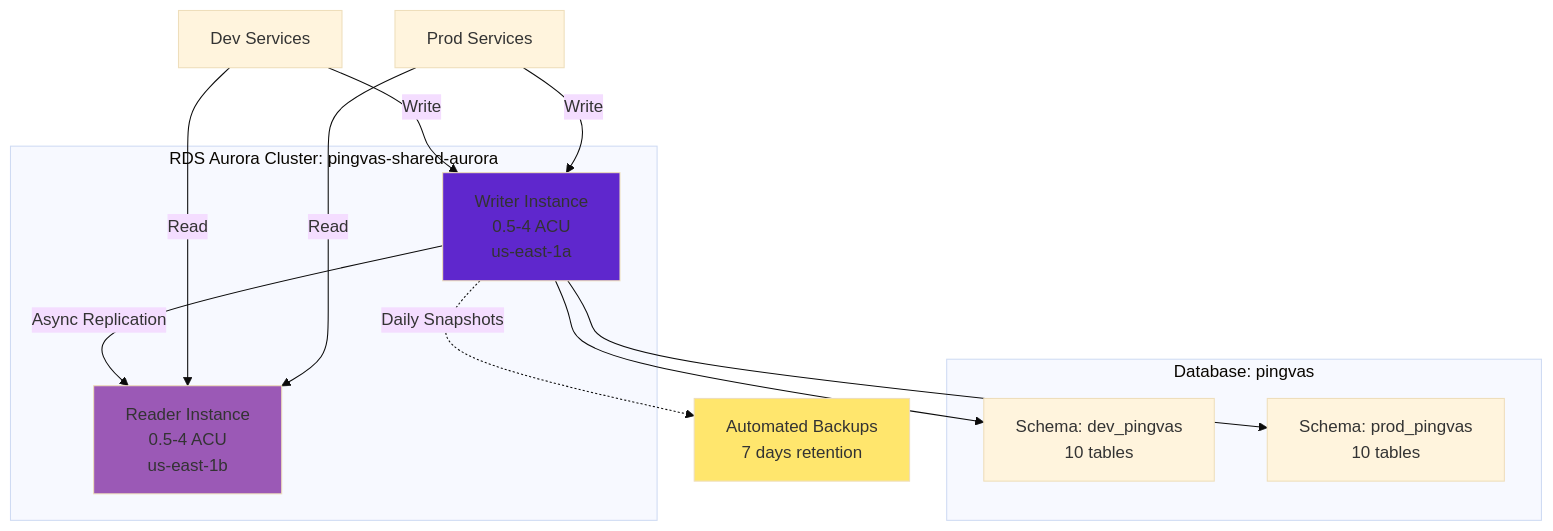
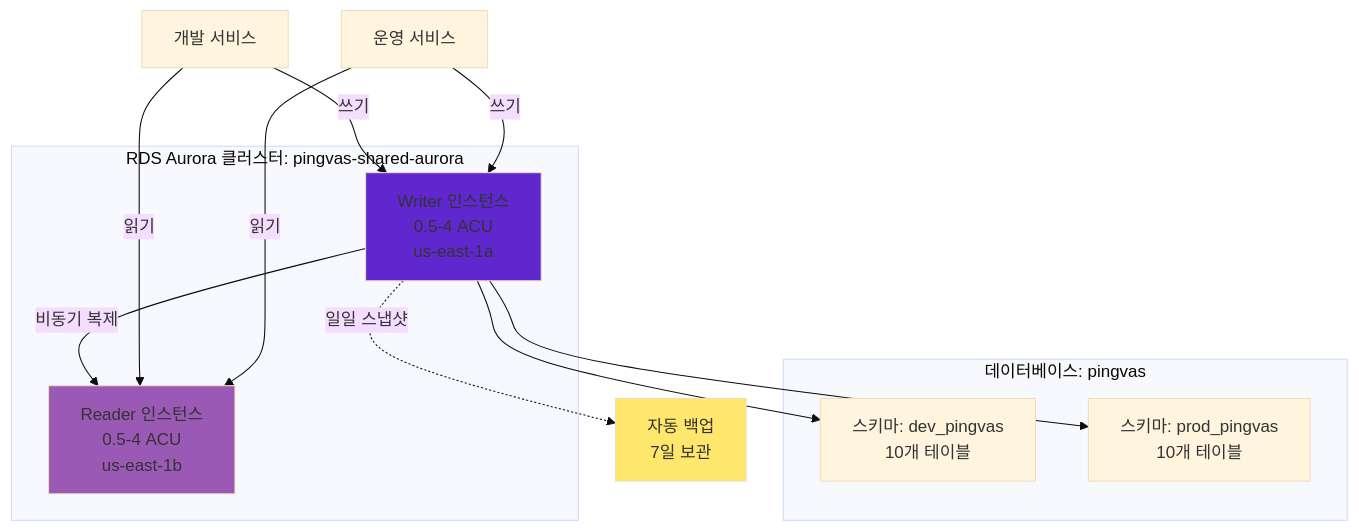
Before and after one commit to Pinksea-AI/InvokeAI: the seventh of 15 diagrams in docs/final-architecture/01-aws-architecture-diagram.md, drawn with Mermaid (base theme). The commit also changed other lines of this file, not shown here.

First line of the commit message:
docs: AWS 아키텍처 다이어그램 문서를 한글로 번역

````diff
--- a/docs/final-architecture/01-aws-architecture-diagram.md
+++ b/docs/final-architecture/01-aws-architecture-diagram.md
@@ -309,31 +309,31 @@
 ```mermaid
 graph TB
-    subgraph Aurora[RDS Aurora Cluster: pingvas-shared-aurora]
-        Writer[Writer Instance<br/>0.5-4 ACU<br/>us-east-1a]
-        Reader[Reader Instance<br/>0.5-4 ACU<br/>us-east-1b]
+    subgraph Aurora[RDS Aurora 클러스터: pingvas-shared-aurora]
+        Writer[Writer 인스턴스<br/>0.5-4 ACU<br/>us-east-1a]
+        Reader[Reader 인스턴스<br/>0.5-4 ACU<br/>us-east-1b]
 
-        Writer -->|Async Replication| Reader
+        Writer -->|비동기 복제| Reader
     end
 
-    subgraph Database[Database: pingvas]
-        DevSchema[Schema: dev_pingvas<br/>10 tables]
-        ProdSchema[Schema: prod_pingvas<br/>10 tables]
+    subgraph Database[데이터베이스: pingvas]
+        DevSchema[스키마: dev_pingvas<br/>10개 테이블]
+        ProdSchema[스키마: prod_pingvas<br/>10개 테이블]
     end
 
-    DevApps[Dev Services] -->|Write| Writer
-    DevApps -->|Read| Reader
+    DevApps[개발 서비스] -->|쓰기| Writer
+    DevApps -->|읽기| Reader
 
-    ProdApps[Prod Services] -->|Write| Writer
-    ProdApps -->|Read| Reader
+    ProdApps[운영 서비스] -->|쓰기| Writer
+    ProdApps -->|읽기| Reader
 
     Writer --> DevSchema
     Writer --> ProdSchema
 
-    Backup[Automated Backups<br/>7 days retention]
+    Backup[자동 백업<br/>7일 보관]
 
-    Writer -.->|Daily Snapshots| Backup
+    Writer -.->|일일 스냅샷| Backup
 
     style Writer fill:#5F27CD
     style Reader fill:#9B59B6
     style Backup fill:#FFE66D
 ```
````
